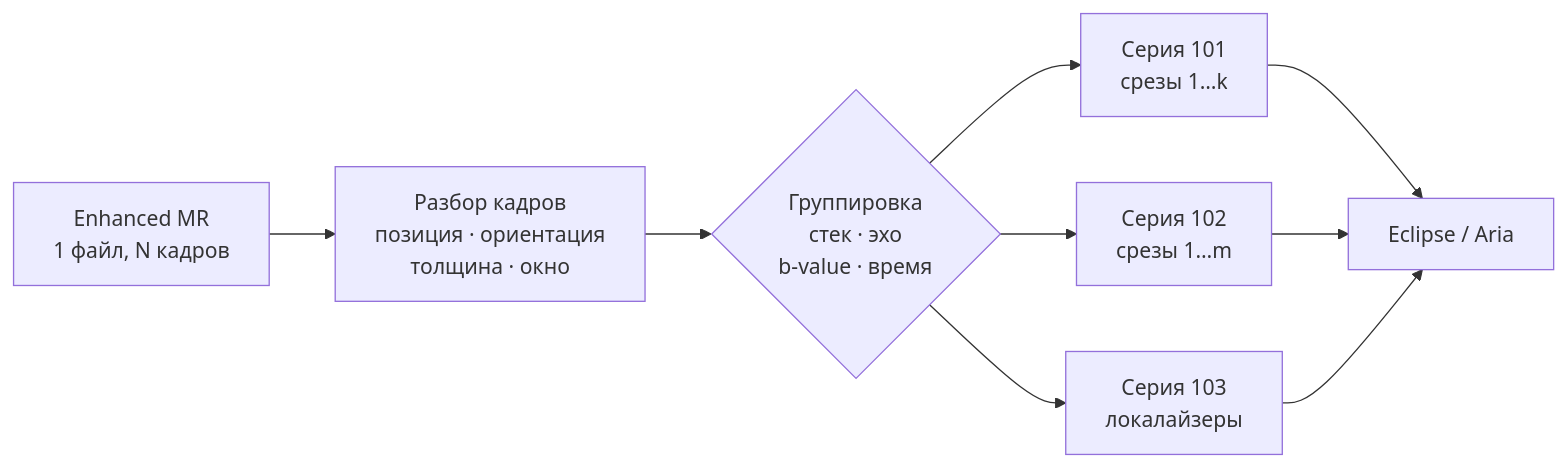
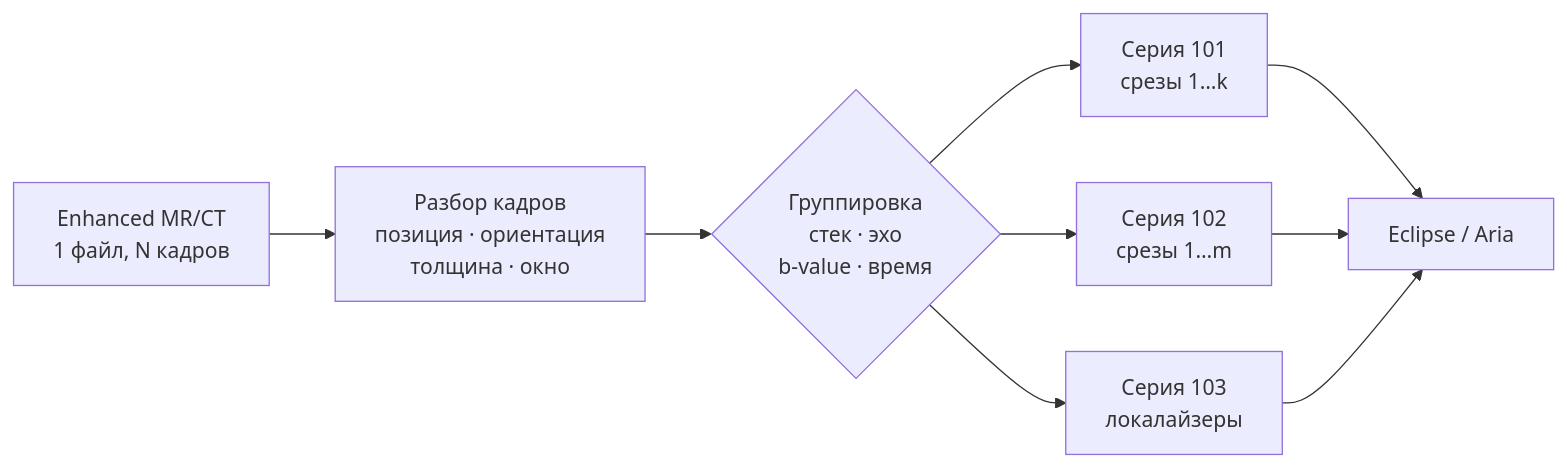
One commit to loonies321/uncompressMRI changed the diagram in README.md. Above: the diagram before and after it, drawn with Mermaid. The commit also changed other lines of this file and 18 other files, not shown here.

````diff
--- a/README.md
+++ b/README.md
@@ -127,11 +138,11 @@
 ```mermaid
 flowchart LR
-    A["Enhanced MR<br/>1 файл, N кадров"] --> B["Разбор кадров<br/>позиция · ориентация<br/>толщина · окно"]
+    A["Enhanced MR/CT<br/>1 файл, N кадров"] --> B["Разбор кадров<br/>позиция · ориентация<br/>толщина · окно"]
     B --> C{"Группировка<br/>стек · эхо<br/>b-value · время"}
     C --> D["Серия 101<br/>срезы 1…k"]
     C --> E["Серия 102<br/>срезы 1…m"]
     C --> F["Серия 103<br/>локалайзеры"]
     D --> G["Eclipse / Aria"]
     E --> G
     F --> G
 ```
````
